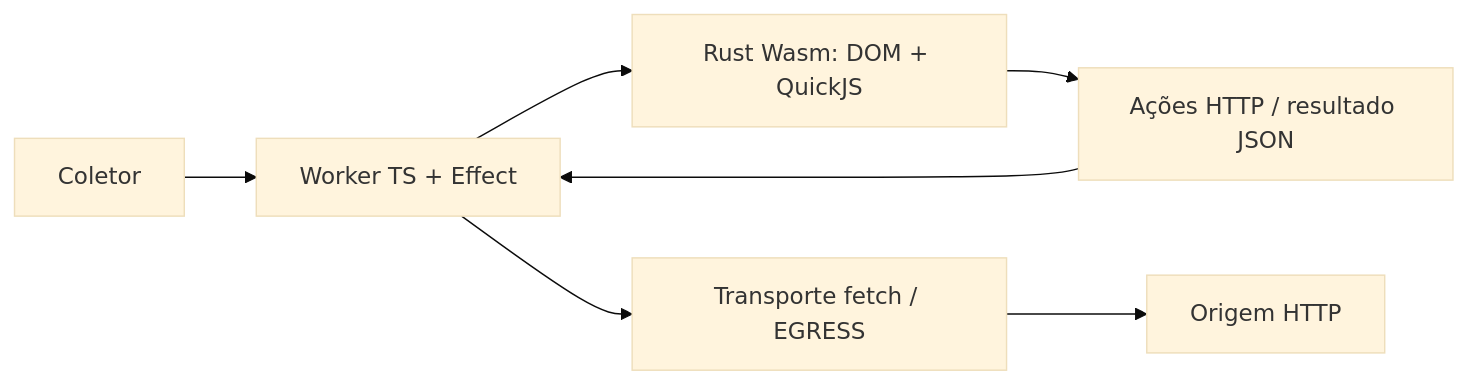
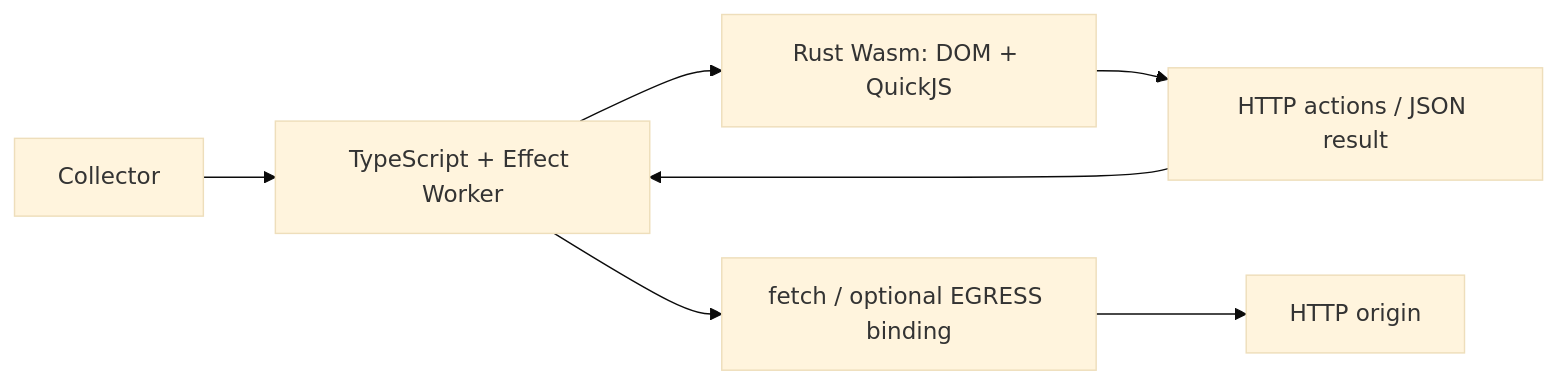
The diagram in README.md (minutei-ai/nimbo), drawn with Mermaid (base theme) before and after one commit. The commit also changed other lines of this file and 23 other files, not shown here.

````diff
--- a/README.md
+++ b/README.md
@@ -39,9 +30,9 @@
 ```mermaid
 flowchart LR
-    Client[Coletor] --> Worker[Worker TS + Effect]
+    Client[Collector] --> Worker[TypeScript + Effect Worker]
     Worker --> Engine[Rust Wasm: DOM + QuickJS]
-    Engine --> Actions[Ações HTTP / resultado JSON]
+    Engine --> Actions[HTTP actions / JSON result]
     Actions --> Worker
-    Worker --> Transport[Transporte fetch / EGRESS]
-    Transport --> Source[Origem HTTP]
+    Worker --> Transport[fetch / optional EGRESS binding]
+    Transport --> Source[HTTP origin]
 ```
````
